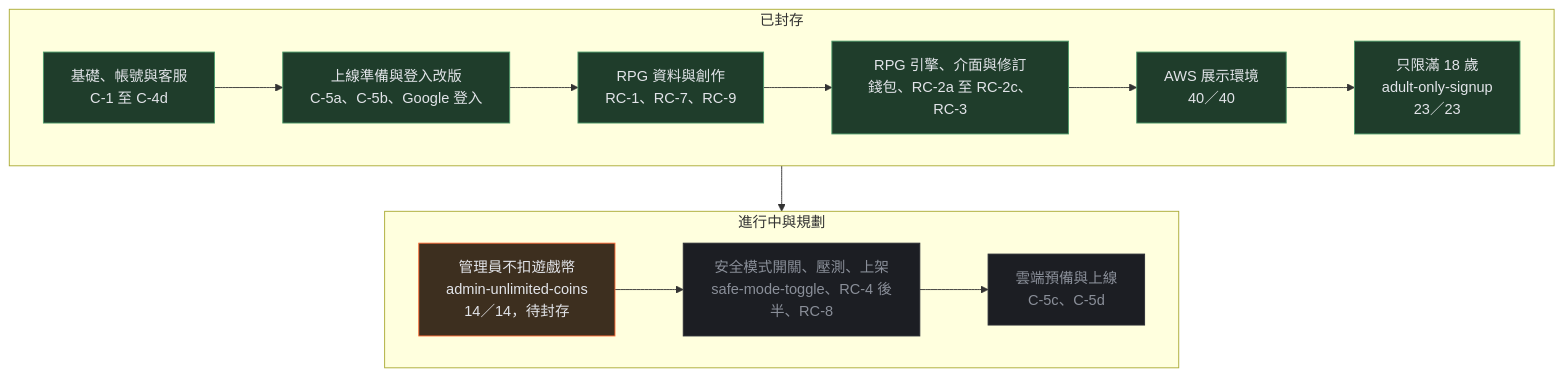
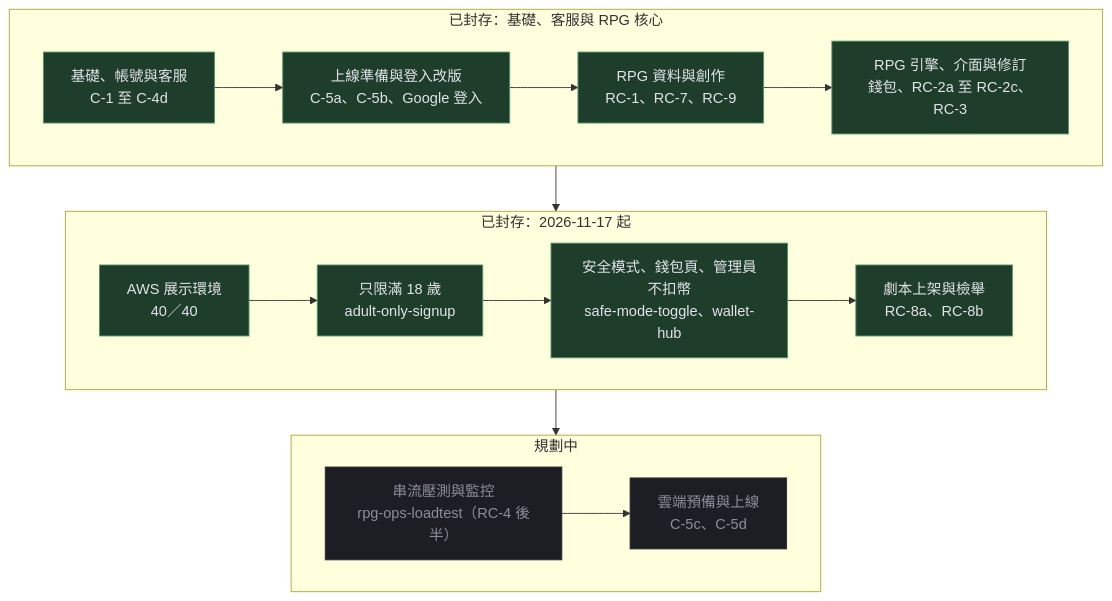
Before and after one commit to pp466pp466/R.A.C: diagram 18 of 18 in docs/2.0簡報.md, drawn with Mermaid. The commit also changed other lines of this file and 10 other files, not shown here.

````diff
--- a/docs/2.0簡報.md
+++ b/docs/2.0簡報.md
@@ -906,15 +934,19 @@
 ```mermaid
 flowchart TB
-    subgraph R1["已封存"]
+    subgraph R1["已封存：基礎、客服與 RPG 核心"]
         direction LR
-        A["基礎、帳號與客服<br/>C-1 至 C-4d"]:::done --> B["上線準備與登入改版<br/>C-5a、C-5b、Google 登入"]:::done --> C["RPG 資料與創作<br/>RC-1、RC-7、RC-9"]:::done --> D["RPG 引擎、介面與修訂<br/>錢包、RC-2a 至 RC-2c、RC-3"]:::done --> E["AWS 展示環境<br/>40／40"]:::done --> E2["只限滿 18 歲<br/>adult-only-signup<br/>23／23"]:::done
+        A["基礎、帳號與客服<br/>C-1 至 C-4d"]:::done --> B["上線準備與登入改版<br/>C-5a、C-5b、Google 登入"]:::done --> C["RPG 資料與創作<br/>RC-1、RC-7、RC-9"]:::done --> D["RPG 引擎、介面與修訂<br/>錢包、RC-2a 至 RC-2c、RC-3"]:::done
     end
-    subgraph R2["進行中與規劃"]
+    subgraph R2["已封存：2026-11-17 起"]
         direction LR
-        F["管理員不扣遊戲幣<br/>admin-unlimited-coins<br/>14／14，待封存"]:::active --> G["安全模式開關、壓測、上架<br/>safe-mode-toggle、RC-4 後半、RC-8"]:::plan --> H["雲端預備與上線<br/>C-5c、C-5d"]:::plan
+        E["AWS 展示環境<br/>40／40"]:::done --> E2["只限滿 18 歲<br/>adult-only-signup"]:::done --> E3["安全模式、錢包頁、管理員不扣幣<br/>safe-mode-toggle、wallet-hub"]:::done --> E4["劇本上架與檢舉<br/>RC-8a、RC-8b"]:::done
     end
-    R1 --> R2
+    subgraph R3["規劃中"]
+        direction LR
+        G["串流壓測與監控<br/>rpg-ops-loadtest（RC-4 後半）"]:::plan --> H["雲端預備與上線<br/>C-5c、C-5d"]:::plan
+    end
+    R1 --> R2 --> R3
     classDef done fill:#1f3d2b,stroke:#4c9a6a,color:#e2e4e9
     classDef active fill:#3d2f1f,stroke:#ff6b35,color:#e2e4e9
     classDef plan fill:#1c1e23,stroke:#2a2d34,color:#8a8f99
 ```
````
